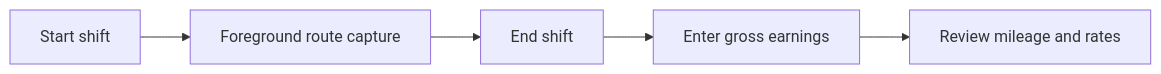
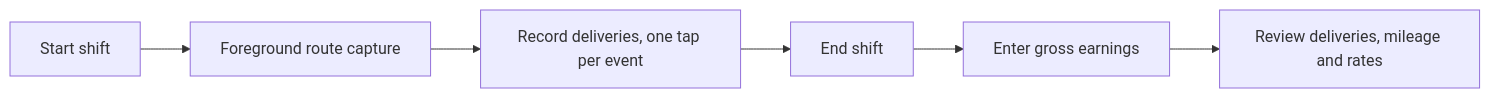
Before and after one commit to quangshuynh/dashpilot: the diagram in docs/index.md, drawn with Mermaid. The commit also changed other lines of this file and 12 other files, not shown here.

````diff
--- a/docs/index.md
+++ b/docs/index.md
@@ -30,7 +30,8 @@
 ```mermaid
 flowchart LR
     A[Start shift] --> B[Foreground route capture]
-    B --> C[End shift]
-    C --> D[Enter gross earnings]
-    D --> E[Review mileage and rates]
+    B --> C[Record deliveries, one tap per event]
+    C --> D[End shift]
+    D --> E[Enter gross earnings]
+    E --> F[Review deliveries, mileage and rates]
 ```
````
